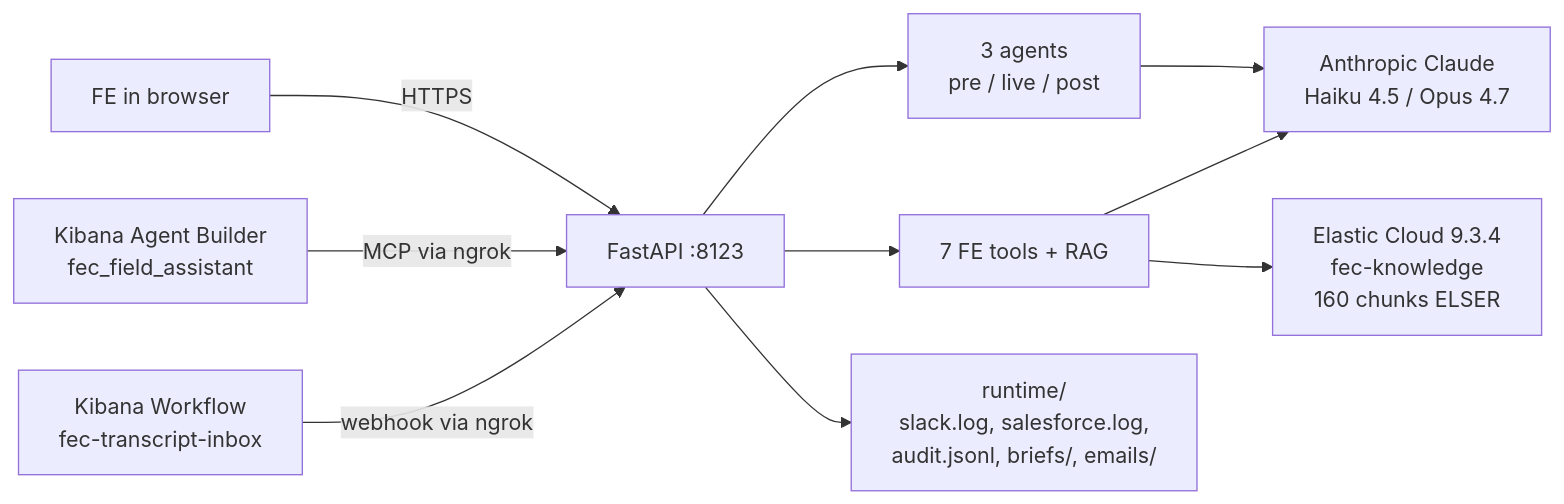
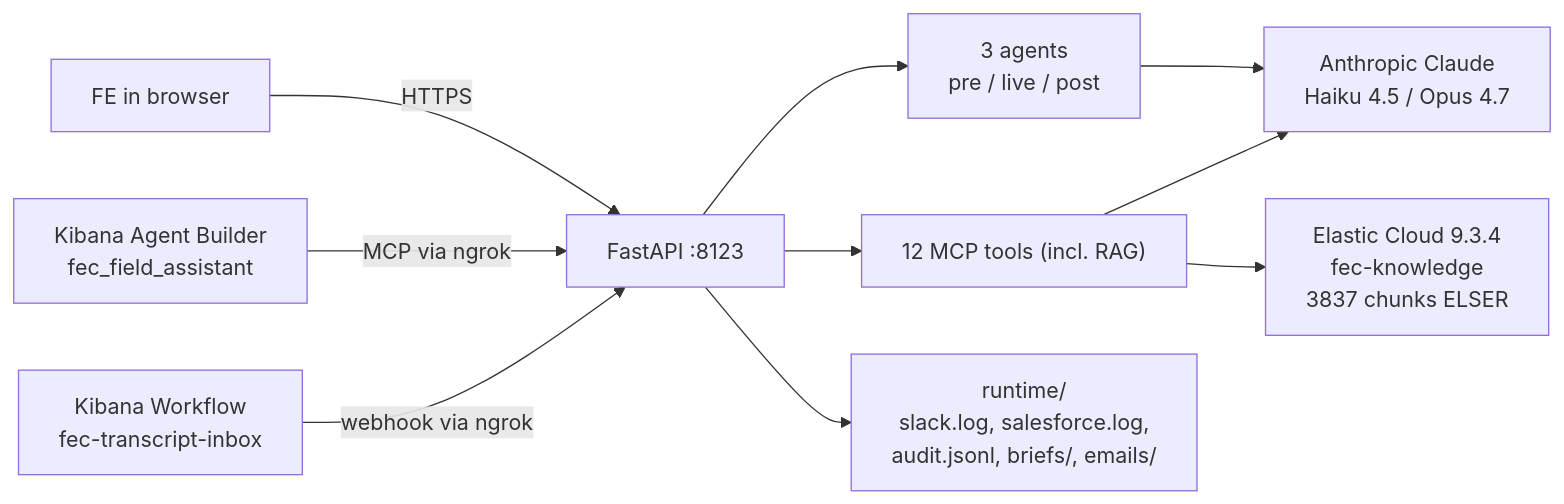
Before and after one commit to rodrigo-elastic/FE-Elastic: the diagram in README.md, drawn with Mermaid. The commit also changed other lines of this file and 31 other files, not shown here.

````diff
--- a/README.md
+++ b/README.md
@@ -87,12 +87,12 @@
 ```mermaid
 flowchart LR
     User["FE in browser"] -->|HTTPS| API["FastAPI :8123"]
     API --> Agents["3 agents<br/>pre / live / post"]
-    API --> Tools["7 FE tools + RAG"]
+    API --> Tools["12 MCP tools (incl. RAG)"]
     Agents --> Anthropic["Anthropic Claude<br/>Haiku 4.5 / Opus 4.7"]
     Tools --> Anthropic
-    Tools --> ES["Elastic Cloud 9.3.4<br/>fec-knowledge<br/>160 chunks ELSER"]
+    Tools --> ES["Elastic Cloud 9.3.4<br/>fec-knowledge<br/>3837 chunks ELSER"]
     Kibana["Kibana Agent Builder<br/>fec_field_assistant"] -->|MCP via ngrok| API
     Wf["Kibana Workflow<br/>fec-transcript-inbox"] -->|webhook via ngrok| API
     API --> Runtime["runtime/<br/>slack.log, salesforce.log,<br/>audit.jsonl, briefs/, emails/"]
 ```
````
